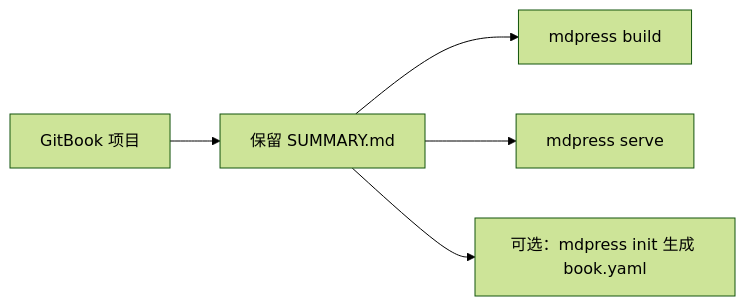
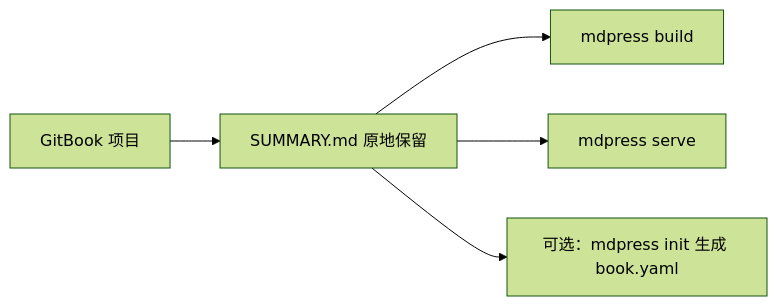
One commit to yeasy/mdPress changed the diagram in docs/MIGRATION_FROM_GITBOOK_zh.md. Above: the diagram before and after it, drawn with Mermaid (forest theme). The commit also changed other lines of this file and 3 other files, not shown here.

Commit message:
Update docs, roadmap and gitignore for v0.5.1

````diff
--- a/docs/MIGRATION_FROM_GITBOOK_zh.md
+++ b/docs/MIGRATION_FROM_GITBOOK_zh.md
@@ -7,7 +9,7 @@
 ```mermaid
 flowchart LR
-    A["GitBook 项目"] --> B["保留 SUMMARY.md"]
+    A["GitBook 项目"] --> B["SUMMARY.md 原地保留"]
     B --> C["mdpress build"]
     B --> D["mdpress serve"]
     B --> E["可选：mdpress init 生成 book.yaml"]
 ```
````
